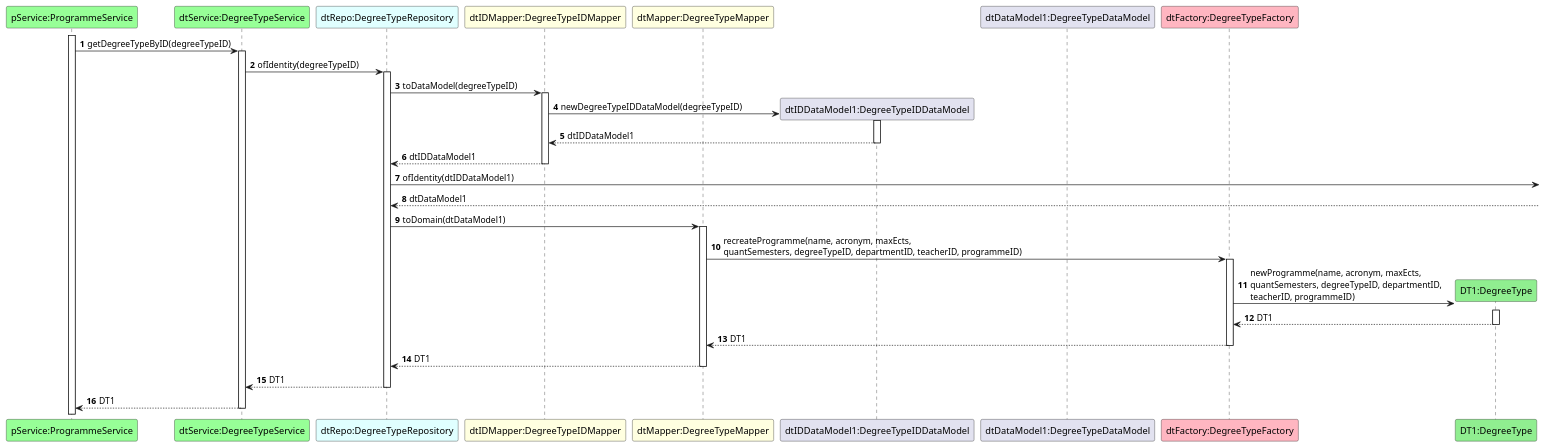
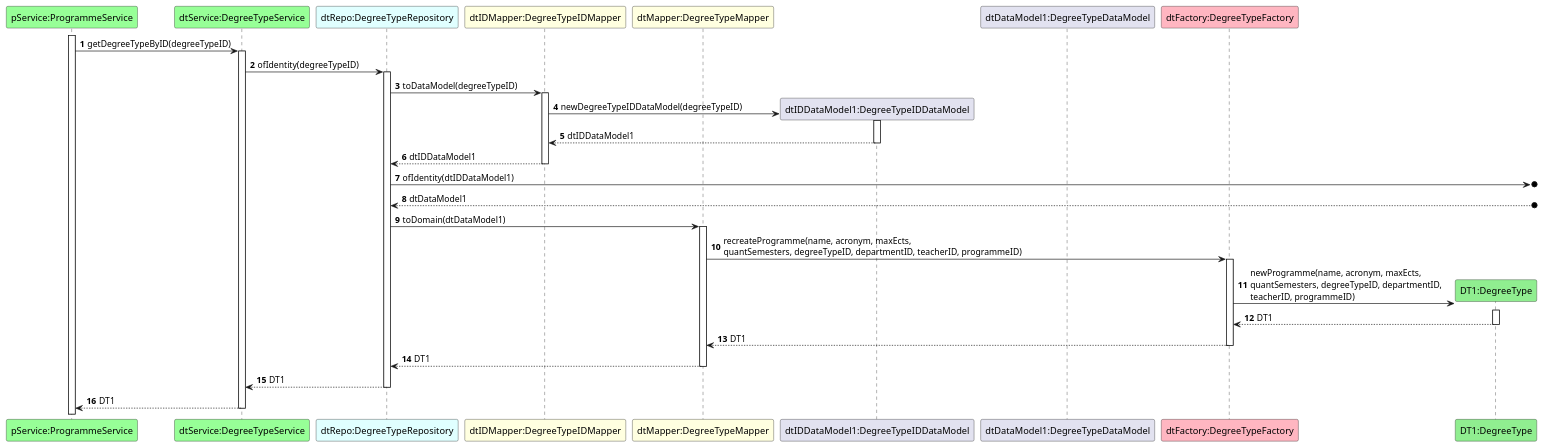
Before and after one commit to GasparISEP/DevOps-PAI: the diagram in docs/US31/ScenarioView/References/Ref-verifyQuantSemestersAndDegreeType.puml, drawn with PlantUML. The commit also changed 5 other files, not shown here.

Commit message:
Ref #653: Refactor Scenario View diagrams to use o] notation for external interactions, and update Level 4 Scenario View diagram to reflect single-step form submission

```diff
--- a/docs/US31/ScenarioView/References/Ref-verifyQuantSemestersAndDegreeType.puml
+++ b/docs/US31/ScenarioView/References/Ref-verifyQuantSemestersAndDegreeType.puml
@@ -1,38 +1,38 @@
 @startuml
 autonumber
 
 participant "pService:ProgrammeService" as PS #physical
 participant "dtService:DegreeTypeService" as DTS #physical
 participant "dtRepo:DegreeTypeRepository" as DTR #lightcyan
 participant "dtIDMapper:DegreeTypeIDMapper" as IDM #lightyellow
 participant "dtMapper:DegreeTypeMapper" as M #lightyellow
 participant "dtIDDataModel1:DegreeTypeIDDataModel" as DTIDDM
 participant "dtDataModel1:DegreeTypeDataModel" as DTDM
 participant "dtFactory:DegreeTypeFactory" as DTF #lightpink
 participant "DT1:DegreeType" as DT #lightgreen
 
 activate PS
 PS -> DTS ++: getDegreeTypeByID(degreeTypeID)
 
 DTS -> DTR ++: ofIdentity(degreeTypeID)
 
 DTR -> IDM ++: toDataModel(degreeTypeID)
 
 IDM -> DTIDDM**: newDegreeTypeIDDataModel(degreeTypeID)
 activate DTIDDM
 DTIDDM --> IDM --: dtIDDataModel1
 IDM --> DTR --: dtIDDataModel1
 
-DTR -> : ofIdentity(dtIDDataModel1)
-DTR <-- : dtDataModel1
+DTR ->o] : ofIdentity(dtIDDataModel1)
+DTR <--o] : dtDataModel1
 
 DTR -> M++ : toDomain(dtDataModel1)
 M -> DTF++ : recreateProgramme(name, acronym, maxEcts, \nquantSemesters, degreeTypeID, departmentID, teacherID, programmeID)
 DTF -> DT** : newProgramme(name, acronym, maxEcts, \nquantSemesters, degreeTypeID, departmentID, \nteacherID, programmeID)
 activate DT
 DT --> DTF --: DT1
 DTF --> M --: DT1
 M --> DTR --: DT1
 DTR --> DTS --: DT1
 DTS --> PS --: DT1
 @enduml
```
